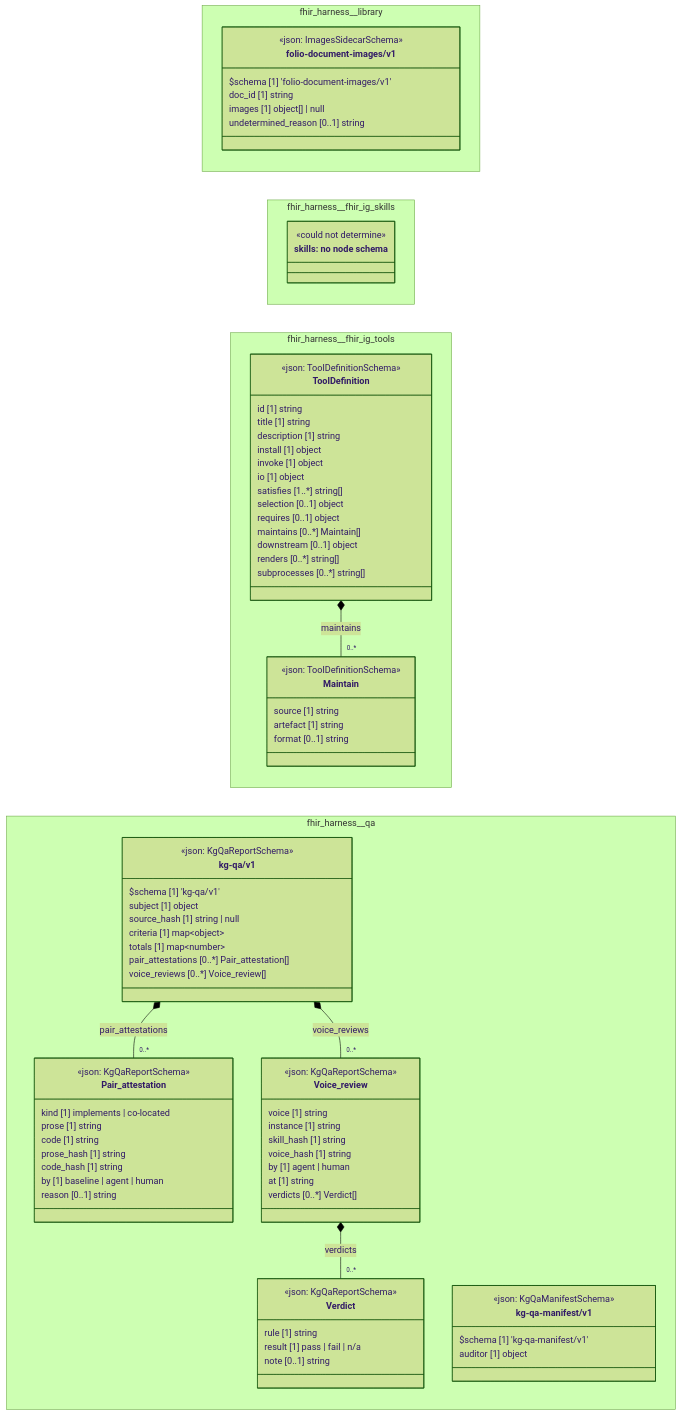
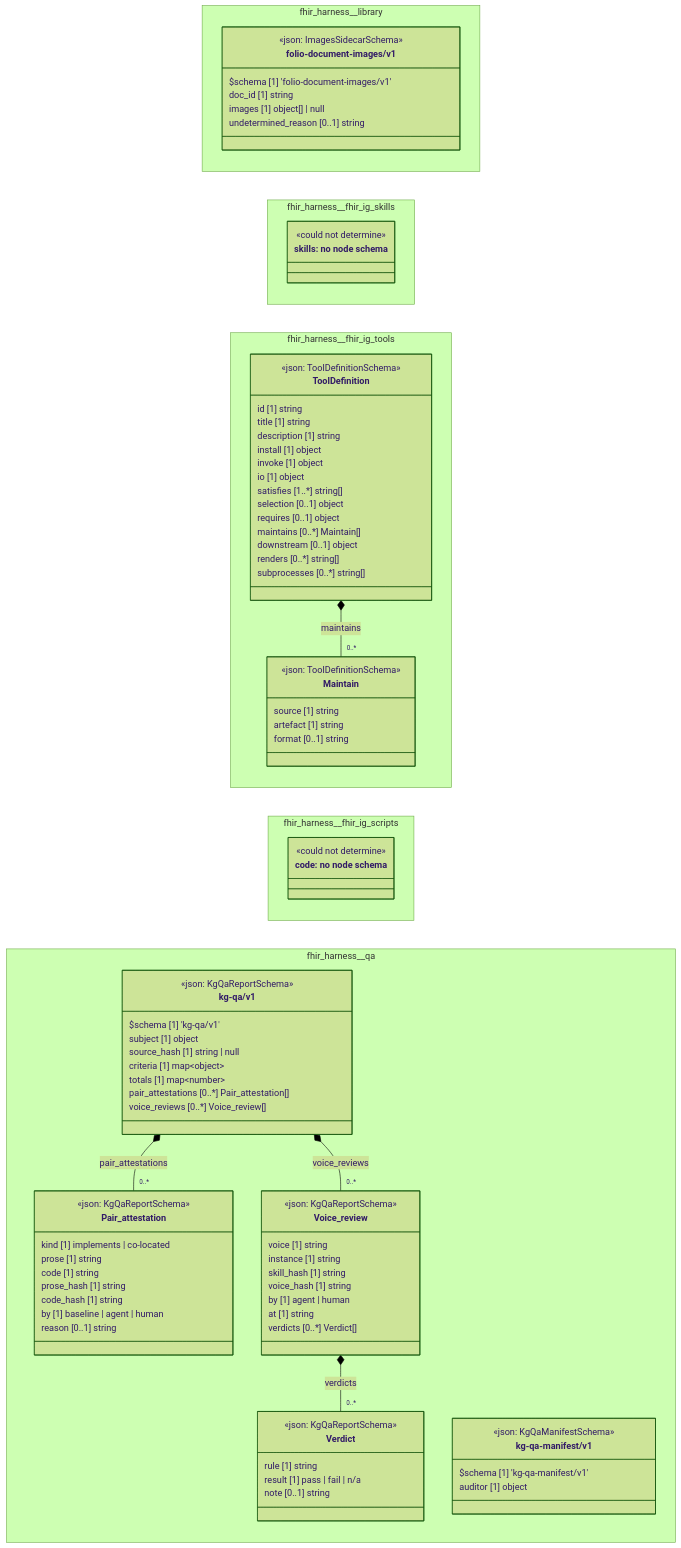
The diagram in cat-harness/docs/uml/overview/fhir-harness.md (litlfred/folio-assistant), drawn with Mermaid (forest theme) before and after one commit. The commit also changed other lines of this file and 25 other files, not shown here.

First line of the commit message:
Regenerate the skill-registration chain for the fhir-ig-scripts declaration

```diff
--- a/cat-harness/docs/uml/overview/fhir-harness.md
+++ b/cat-harness/docs/uml/overview/fhir-harness.md
@@ -84,6 +86,11 @@
       downstream [0..1] object
       renders [0..*] string[]
       subprocesses [0..*] string[]
+    }
+  }
+  namespace fhir_harness__fhir_ig_scripts {
+    class n_fhir_harness_fhir_ig_scripts_code["code: no node schema"] {
+      <<could not determine>>
     }
   }
   namespace fhir_harness__qa {
@@ -135,6 +142,8 @@
   fhir_harness_fhir_ig_tools_ToolDefinition *-- "0..*" fhir_harness_fhir_ig_tools_Maintain : maintains
   cssClass "fhir_harness_fhir_ig_tools_Maintain" fa_uml_kind_tools
   cssClass "fhir_harness_fhir_ig_tools_ToolDefinition" fa_uml_kind_tools
+  cssClass "n_fhir_harness_fhir_ig_scripts_code" fa_uml_kind_code
+  cssClass "n_fhir_harness_fhir_ig_scripts_code" fa_uml_undetermined
   fhir_harness_qa_kg_qa_v1_kg_qa_v1 *-- "0..*" fhir_harness_qa_kg_qa_v1_Pair_attestation : pair_attestations
   fhir_harness_qa_kg_qa_v1_Voice_review *-- "0..*" fhir_harness_qa_kg_qa_v1_Verdict : verdicts
   fhir_harness_qa_kg_qa_v1_kg_qa_v1 *-- "0..*" fhir_harness_qa_kg_qa_v1_Voice_review : voice_reviews
```
